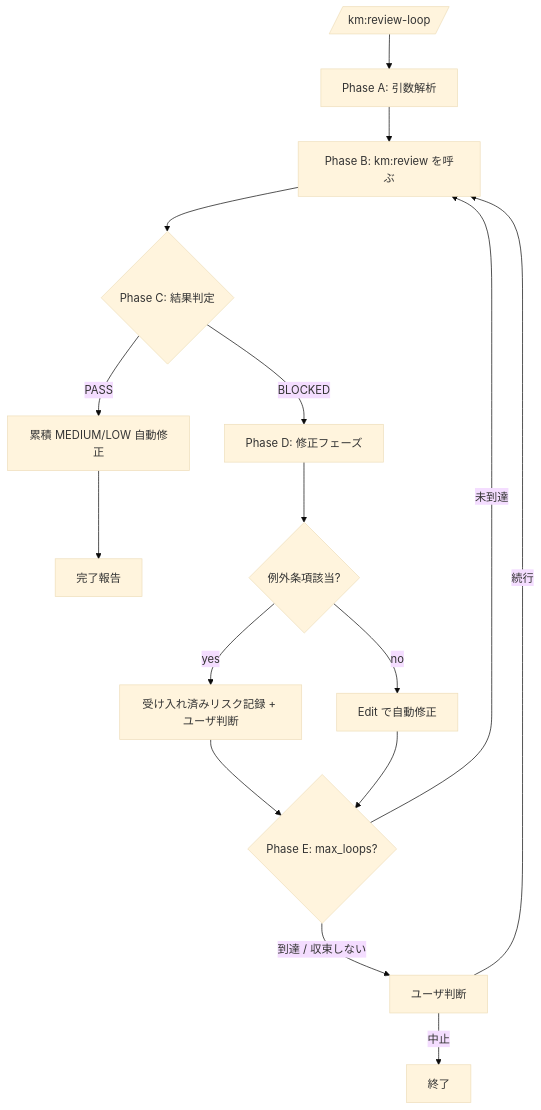
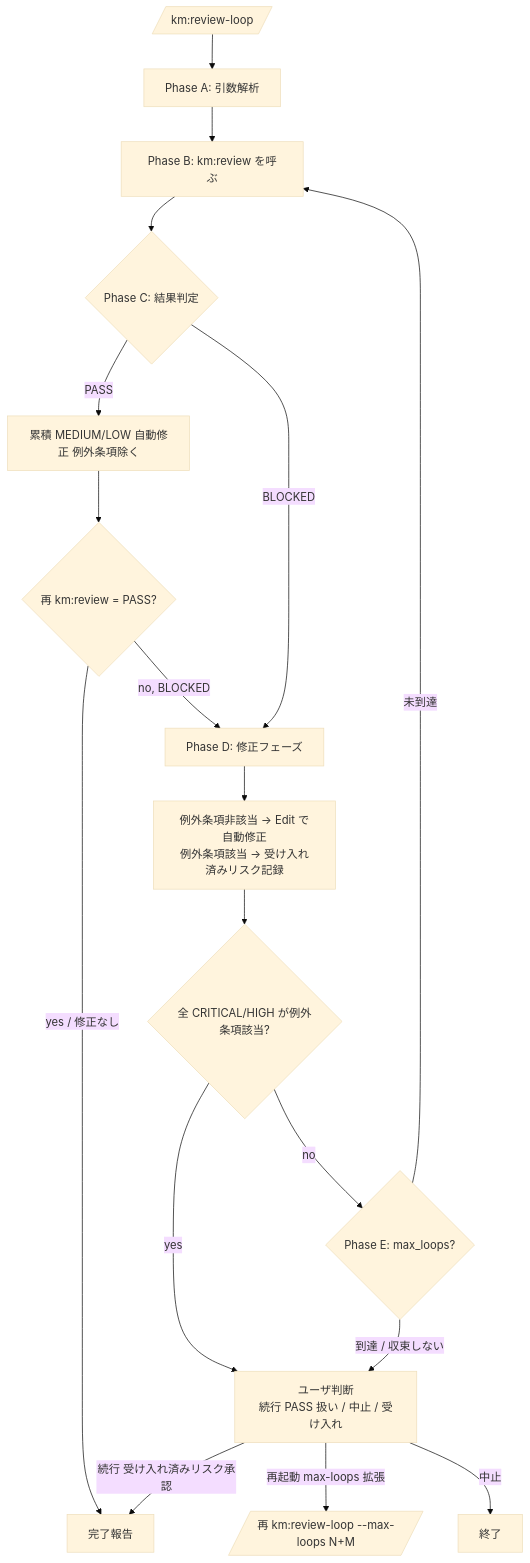
Before and after one commit to koumatsumoto/agent-config: the diagram in templates/skills/review-loop/SKILL.md, drawn with Mermaid (base theme). The commit also changed other lines of this file and 9 other files, not shown here.

First line of the commit message:
fixup(skills): apply 1st round PR review (13 findings, all addressed)

````diff
--- a/templates/skills/review-loop/SKILL.md
+++ b/templates/skills/review-loop/SKILL.md
@@ -146,18 +150,20 @@
 ```mermaid
 flowchart TD
   Start[/km:review-loop/] --> A[Phase A: 引数解析]
   A --> B[Phase B: km:review を呼ぶ]
   B --> C{Phase C: 結果判定}
-  C -->|PASS| FinalFix[累積 MEDIUM/LOW 自動修正]
-  FinalFix --> Done[完了報告]
+  C -->|PASS| FinalFix[累積 MEDIUM/LOW 自動修正 例外条項除く]
+  FinalFix --> Recheck{再 km:review = PASS?}
+  Recheck -->|yes / 修正なし| Done[完了報告]
+  Recheck -->|no, BLOCKED| D
   C -->|BLOCKED| D[Phase D: 修正フェーズ]
-  D --> Exception{例外条項該当?}
-  Exception -->|yes| Risk[受け入れ済みリスク記録 + ユーザ判断]
-  Exception -->|no| AutoFix[Edit で自動修正]
-  Risk --> E{Phase E: max_loops?}
-  AutoFix --> E
+  D --> AutoFix[例外条項非該当 → Edit で自動修正<br/>例外条項該当 → 受け入れ済みリスク記録]
+  AutoFix --> AllException{全 CRITICAL/HIGH が例外条項該当?}
+  AllException -->|yes| User[ユーザ判断<br/>続行 PASS 扱い / 中止 / 受け入れ]
+  AllException -->|no| E{Phase E: max_loops?}
   E -->|未到達| B
-  E -->|到達 / 収束しない| User[ユーザ判断]
-  User -->|続行| B
+  E -->|到達 / 収束しない| User
+  User -->|続行 受け入れ済みリスク承認| Done
+  User -->|再起動 max-loops 拡張| Restart[/再 km:review-loop --max-loops N+M/]
   User -->|中止| Abort[終了]
 ```
````
